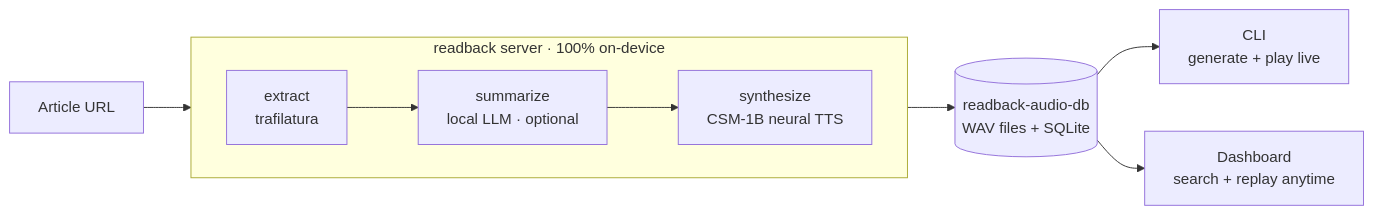
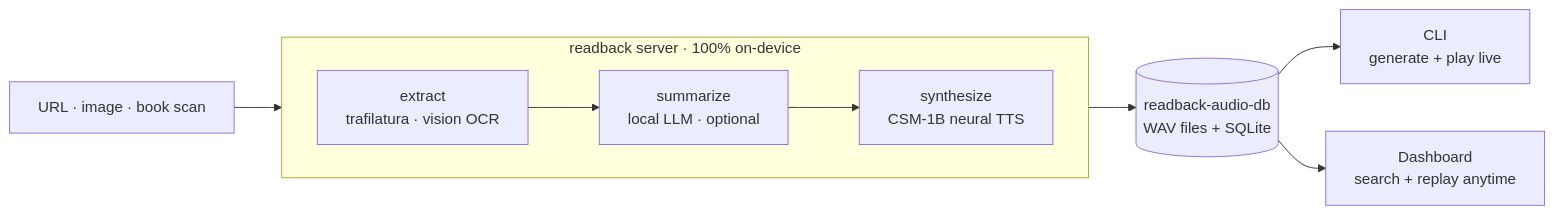
Before and after one commit to MKS-01/readback: the diagram in README.md, drawn with Mermaid. The commit also changed other lines of this file and 23 other files, not shown here.

````diff
--- a/README.md
+++ b/README.md
@@ -229,13 +230,13 @@
 ```mermaid
 flowchart LR
-    U["Article URL"] --> P
+    U["URL · image · book scan"] --> P
 
     subgraph P["readback server · 100% on-device"]
         direction LR
-        E["extract<br/>trafilatura"] --> L["summarize<br/>local LLM · optional"] --> T["synthesize<br/>CSM-1B neural TTS"]
+        E["extract<br/>trafilatura · vision OCR"] --> L["summarize<br/>local LLM · optional"] --> T["synthesize<br/>CSM-1B neural TTS"]
     end
 
     T --> DB[("readback-audio-db<br/>WAV files + SQLite")]
     DB --> CLI["CLI<br/>generate + play live"]
     DB --> WEB["Dashboard<br/>search + replay anytime"]
 ```
````
